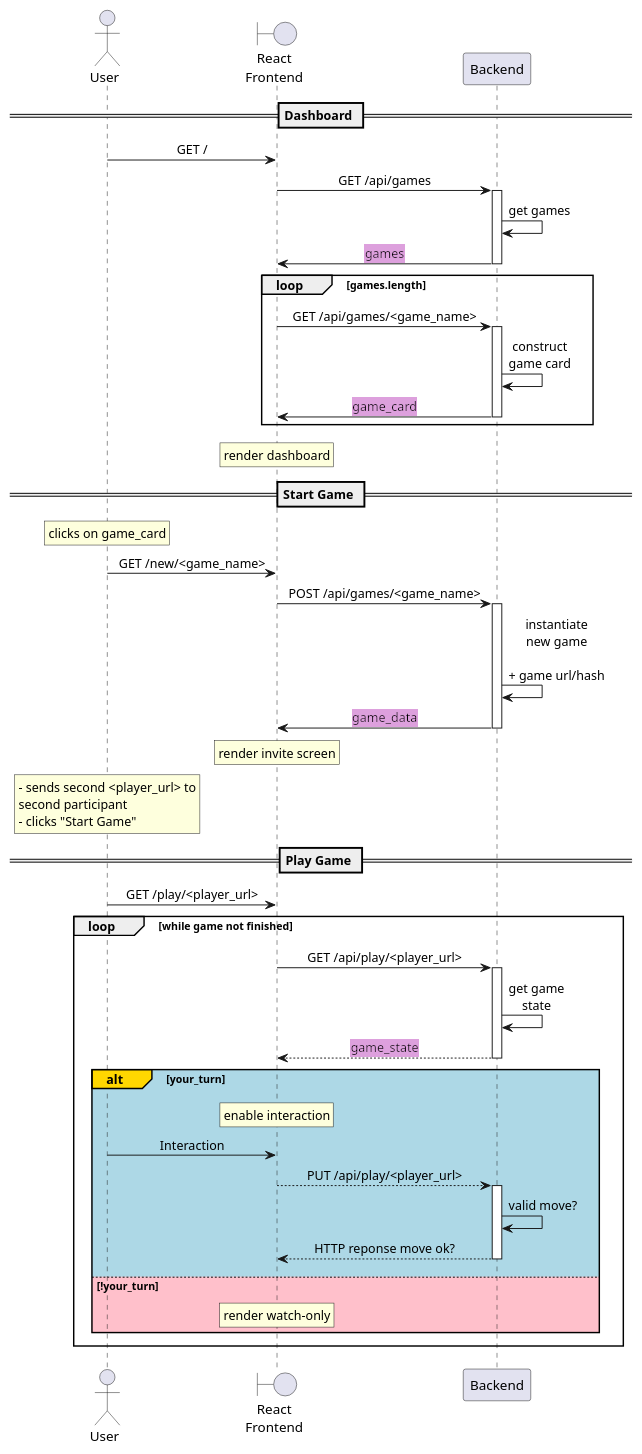
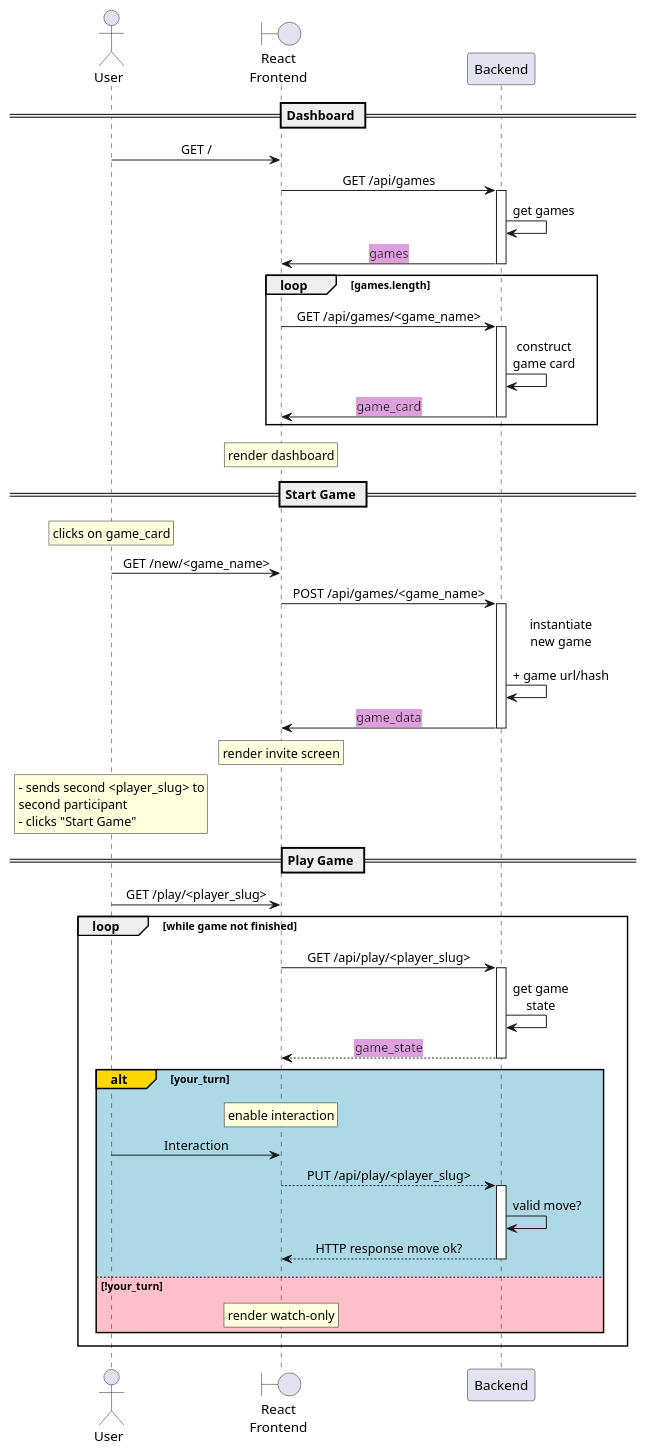
The diagram in docs/specifications/api-sequence/api-sequence.puml (games2click/games2click.github.io), drawn with PlantUML before and after one commit. The commit also changed 1 other file, not shown here.

Commit message:
Use the more meaningful name 'player_slug' instead of 'player_url'

```diff
--- a/docs/specifications/api-sequence/api-sequence.puml
+++ b/docs/specifications/api-sequence/api-sequence.puml
@@ -1,55 +1,55 @@
 @startuml
 !pragma teoz true
 skinparam sequenceMessageAlign center
 
 actor User
 boundary "React\nFrontend"
 participant Backend
 
 == Dashboard ==
 User -> "React\nFrontend" : GET /
 "React\nFrontend" -> Backend++ : GET /api/games
 Backend -> Backend: get games
 Backend -> "React\nFrontend"--: <back:plum>games</back>
 
 loop games.length
   "React\nFrontend" -> Backend++ : GET /api/games/<game_name>
   Backend -> Backend: construct\ngame card
   Backend -> "React\nFrontend"--: <back:plum>game_card</back>
 end
 rnote over "React\nFrontend": render dashboard
 
 == Start Game ==
 rnote over User: clicks on game_card
 User -> "React\nFrontend" : GET /new/<game_name>
 "React\nFrontend" -> Backend++: POST /api/games/<game_name>
 Backend -> Backend: instantiate\nnew game\n\n+ game url/hash
 Backend -> "React\nFrontend"--:  <back:plum>game_data</back>
 
 rnote over "React\nFrontend": render invite screen
 
 rnote over User
-  - sends second <player_url> to
+  - sends second <player_slug> to
   second participant
   - clicks "Start Game"
 end note
 
 == Play Game ==
 
-User -> "React\nFrontend" : GET /play/<player_url>
+User -> "React\nFrontend" : GET /play/<player_slug>
 loop while game not finished
-"React\nFrontend" -> Backend++: GET /api/play/<player_url>
+"React\nFrontend" -> Backend++: GET /api/play/<player_slug>
   Backend -> Backend: get game\nstate
   Backend --> "React\nFrontend"--:  <back:plum>game_state</back>
   alt#Gold #LightBlue your_turn
     rnote over "React\nFrontend": enable interaction
     User -> "React\nFrontend": Interaction
-    "React\nFrontend" --> Backend++: PUT /api/play/<player_url>
+    "React\nFrontend" --> Backend++: PUT /api/play/<player_slug>
     Backend -> Backend: valid move?
-    Backend --> "React\nFrontend"--: HTTP reponse move ok?
+    Backend --> "React\nFrontend"--: HTTP response move ok?
   else #Pink !your_turn
     rnote over "React\nFrontend": render watch-only
   end
 end
 
 @enduml
```
